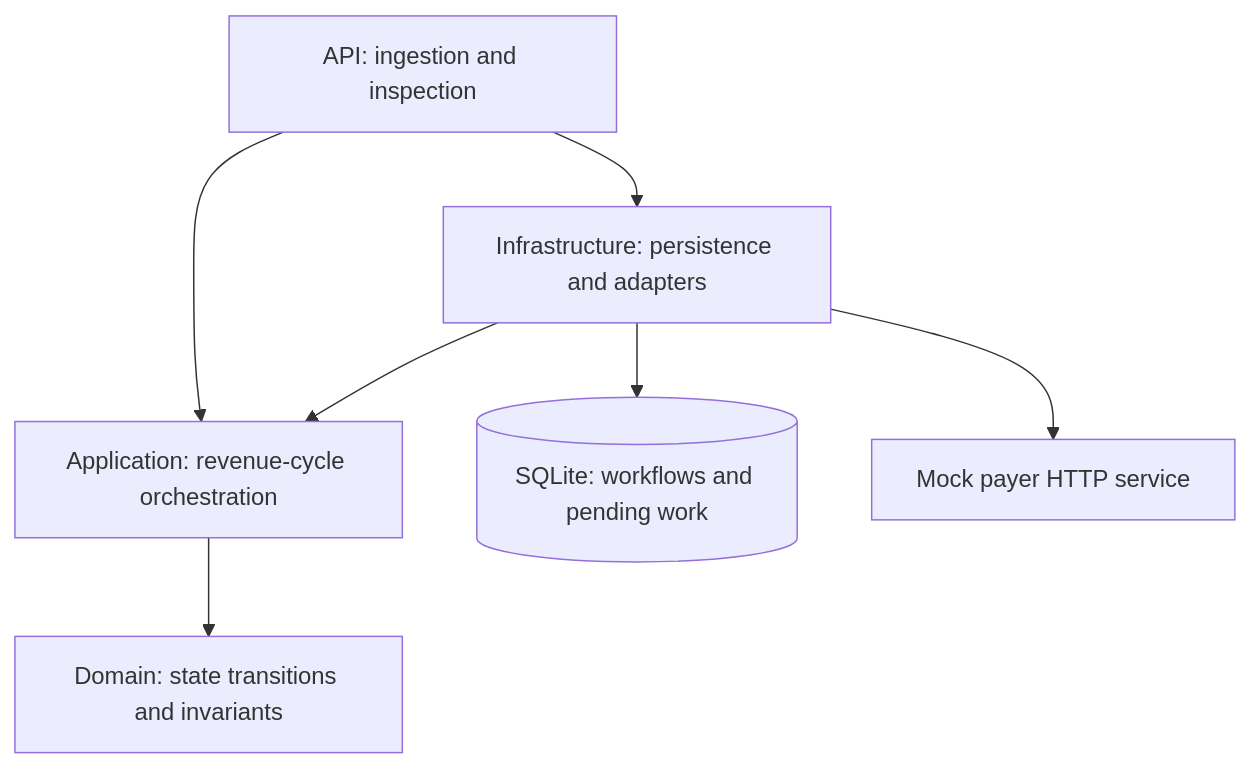
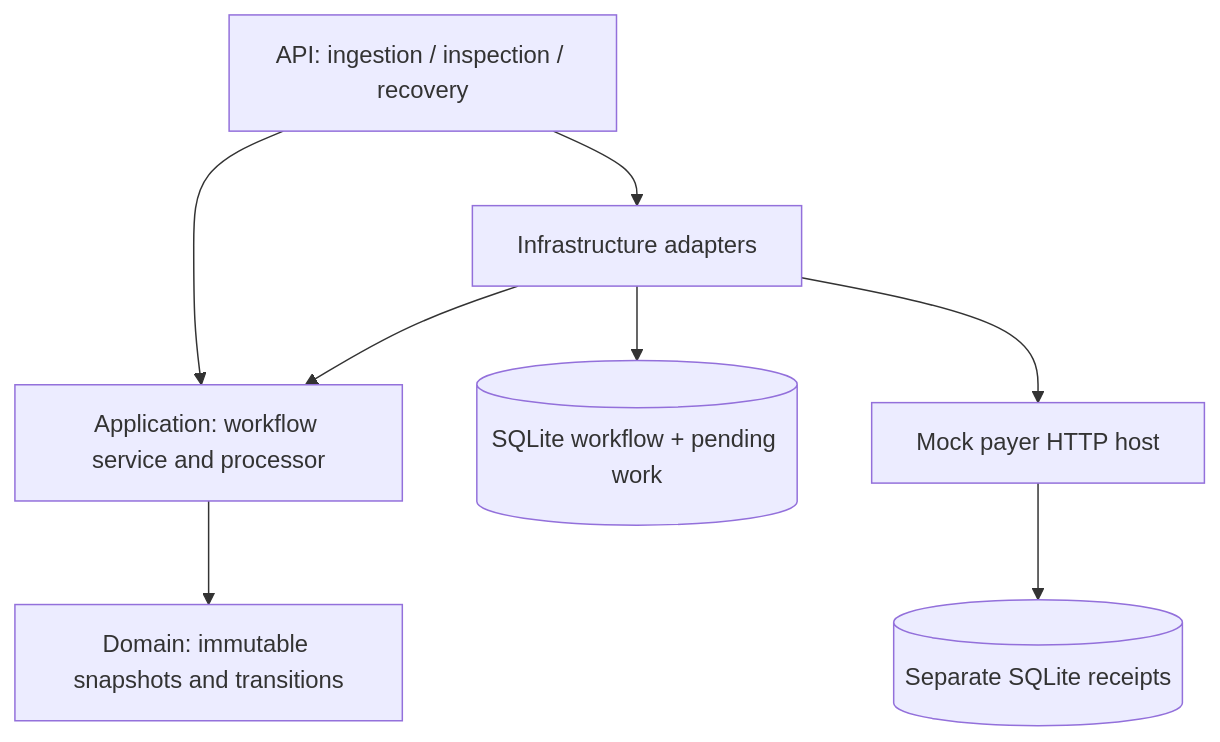
One commit to dabrunhosa/healthcare-revenue-cycle-lab changed the first of 2 diagrams in docs/architecture.md. Above: the diagram before and after it, drawn with Mermaid. The commit also changed other lines of this file and 33 other files, not shown here.

````diff
--- a/docs/architecture.md
+++ b/docs/architecture.md
@@ -9,9 +5,10 @@
 ```mermaid
 flowchart TD
-    API[API: ingestion and inspection] --> APP[Application: revenue-cycle orchestration]
-    APP --> DOMAIN[Domain: state transitions and invariants]
-    INFRA[Infrastructure: persistence and adapters] --> APP
+    API[API: ingestion / inspection / recovery] --> APP[Application: workflow service and processor]
+    APP --> DOMAIN[Domain: immutable snapshots and transitions]
+    INFRA[Infrastructure adapters] --> APP
     API --> INFRA
-    INFRA --> DB[(SQLite: workflows and pending work)]
-    INFRA --> PAYER[Mock payer HTTP service]
+    INFRA --> DB[(SQLite workflow + pending work)]
+    INFRA --> PAYER[Mock payer HTTP host]
+    PAYER --> RECEIPTS[(Separate SQLite receipts)]
 ```
````
